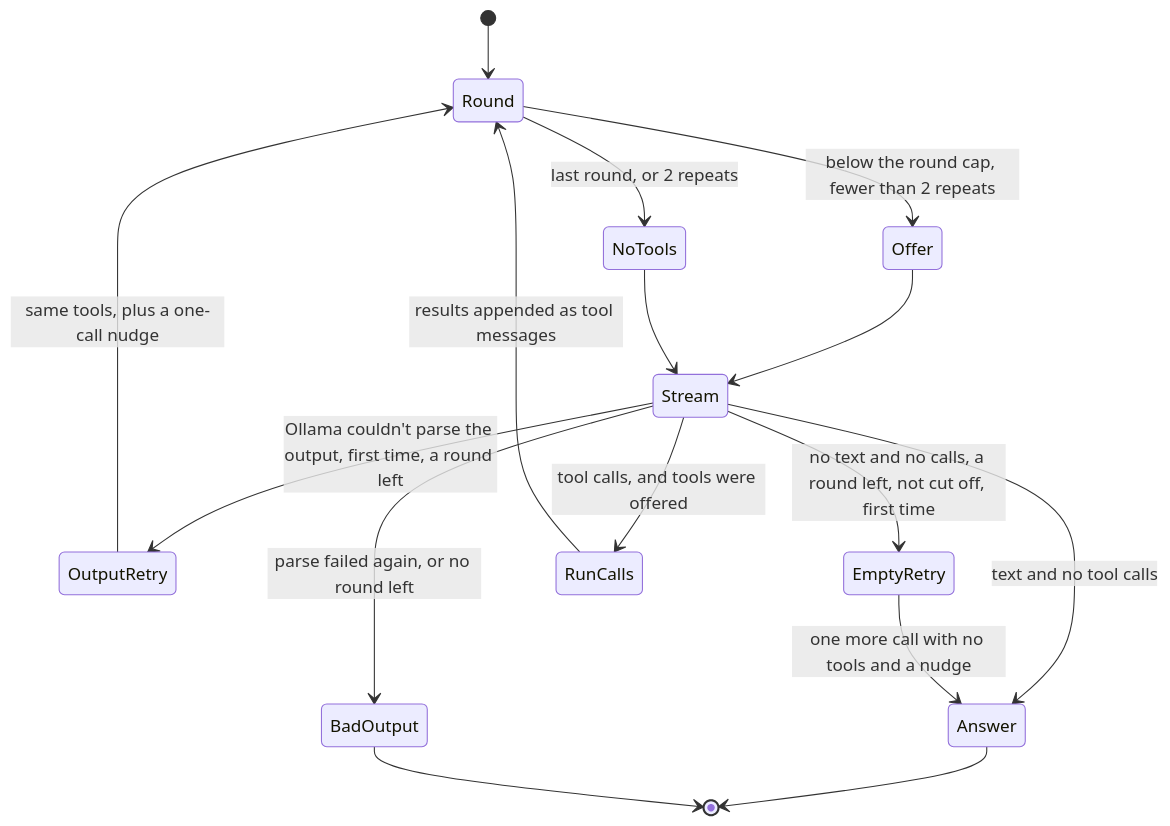
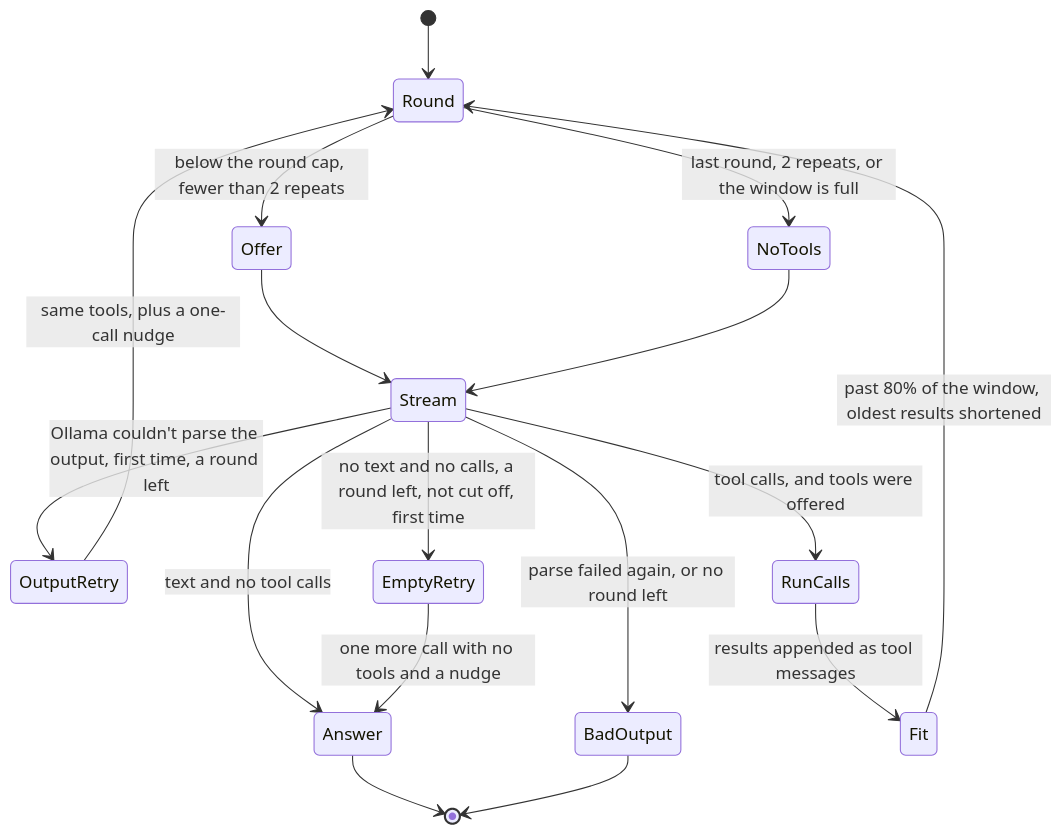
The fifth of 7 diagrams in docs/architecture/harness.md (aarora79/meru), drawn with Mermaid before and after one commit. The commit also changed other lines of this file and 13 other files, not shown here.

First line of the commit message:
Keep a turn's tool rounds inside the context window

````diff
--- a/docs/architecture/harness.md
+++ b/docs/architecture/harness.md
@@ -609,18 +609,19 @@
 ```mermaid
 stateDiagram-v2
     [*] --> Round
     Round --> Offer: below the round cap, fewer than 2 repeats
-    Round --> NoTools: last round, or 2 repeats
+    Round --> NoTools: last round, 2 repeats, or the window is full
     Offer --> Stream
     NoTools --> Stream
     Stream --> OutputRetry: Ollama couldn't parse the output, first time, a round left
     OutputRetry --> Round: same tools, plus a one-call nudge
     Stream --> BadOutput: parse failed again, or no round left
     Stream --> Answer: text and no tool calls
     Stream --> EmptyRetry: no text and no calls, a round left, not cut off, first time
     EmptyRetry --> Answer: one more call with no tools and a nudge
     Stream --> RunCalls: tool calls, and tools were offered
-    RunCalls --> Round: results appended as tool messages
+    RunCalls --> Fit: results appended as tool messages
+    Fit --> Round: past 80% of the window, oldest results shortened
     Answer --> [*]
     BadOutput --> [*]
 ```
````
